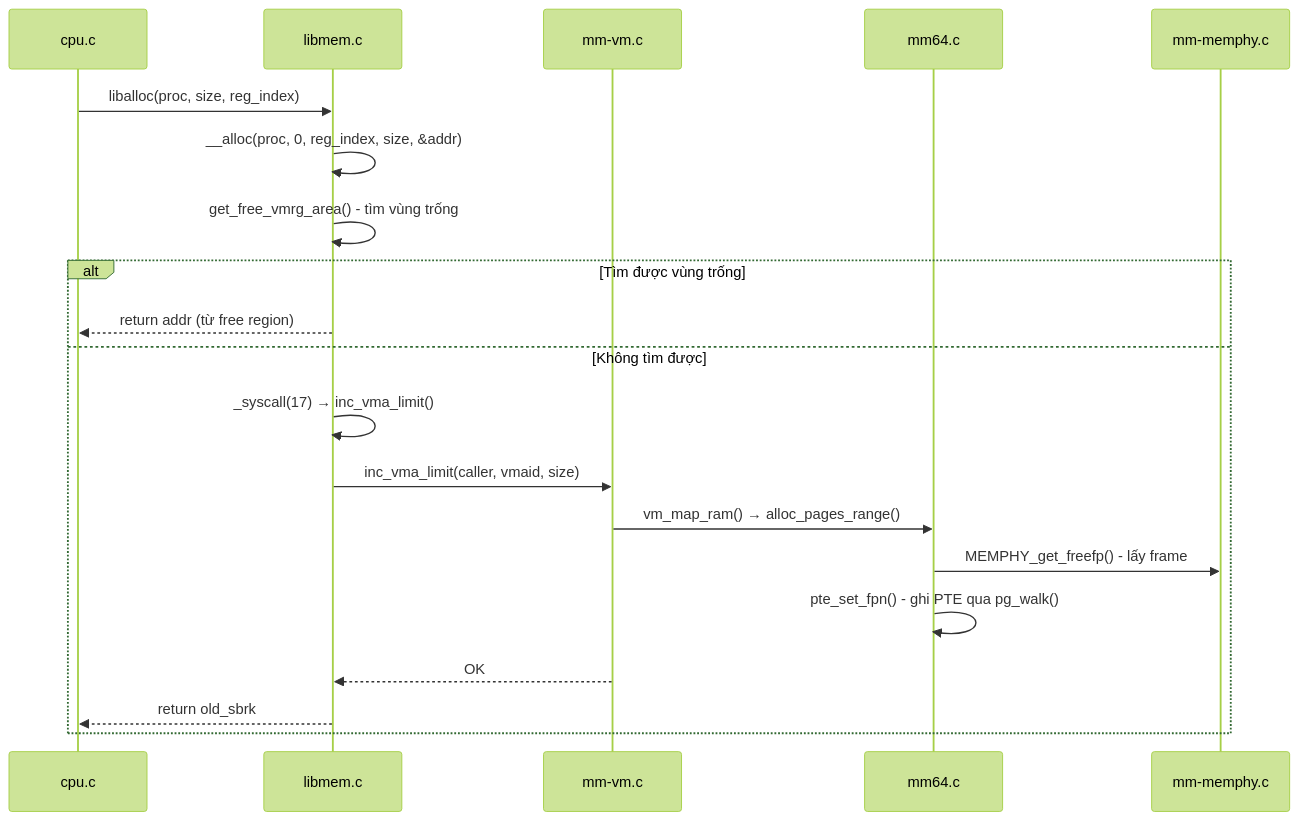
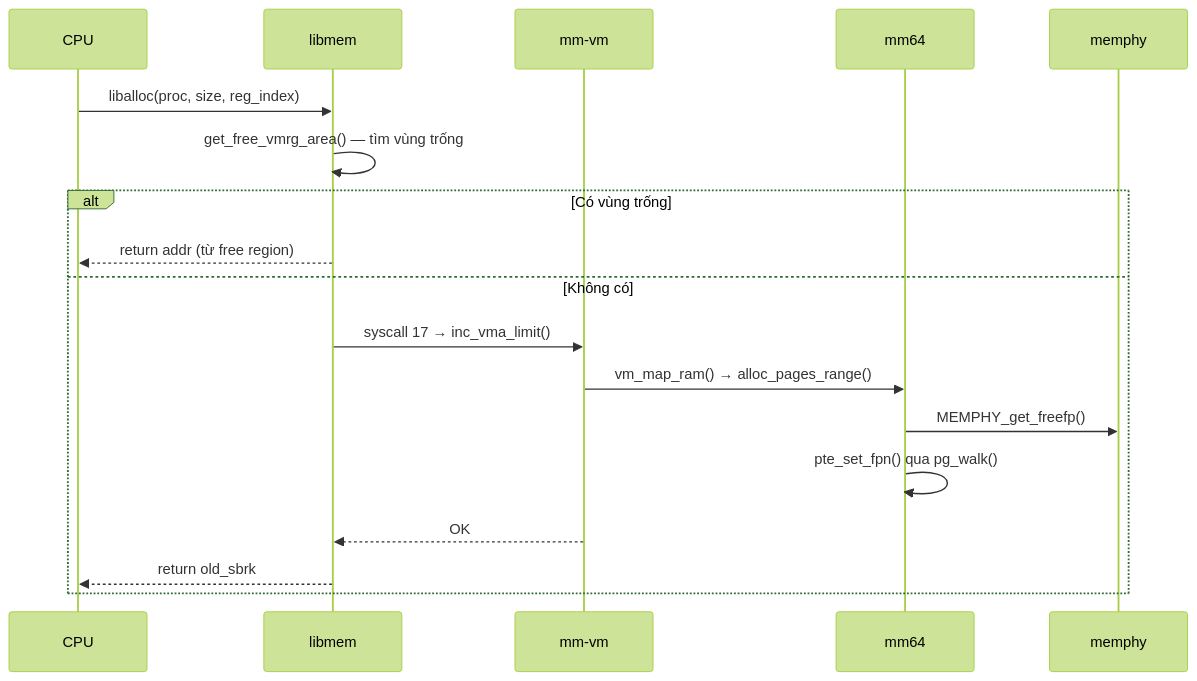
One commit to nguyenphuc24/os_0 changed the third of 3 diagrams in project_documentation.md. Above: the diagram before and after it, drawn with Mermaid (forest theme). The commit also changed other lines of this file, not shown here.

````diff
--- a/project_documentation.md
+++ b/project_documentation.md
@@ -234,23 +325,21 @@
 ```mermaid
 sequenceDiagram
-    participant CPU as cpu.c
-    participant LIB as libmem.c
-    participant VM as mm-vm.c
-    participant PT as mm64.c
-    participant PHY as mm-memphy.c
+    participant CPU
+    participant libmem
+    participant mm-vm
+    participant mm64
+    participant memphy
 
-    CPU->>LIB: liballoc(proc, size, reg_index)
-    LIB->>LIB: __alloc(proc, 0, reg_index, size, &addr)
-    LIB->>LIB: get_free_vmrg_area() - tìm vùng trống
-    alt Tìm được vùng trống
-        LIB-->>CPU: return addr (từ free region)
-    else Không tìm được
-        LIB->>LIB: _syscall(17) → inc_vma_limit()
-        LIB->>VM: inc_vma_limit(caller, vmaid, size)
-        VM->>PT: vm_map_ram() → alloc_pages_range()
-        PT->>PHY: MEMPHY_get_freefp() - lấy frame
-        PT->>PT: pte_set_fpn() - ghi PTE qua pg_walk()
-        VM-->>LIB: OK
-        LIB-->>CPU: return old_sbrk
+    CPU->>libmem: liballoc(proc, size, reg_index)
+    libmem->>libmem: get_free_vmrg_area() — tìm vùng trống
+    alt Có vùng trống
+        libmem-->>CPU: return addr (từ free region)
+    else Không có
+        libmem->>mm-vm: syscall 17 → inc_vma_limit()
+        mm-vm->>mm64: vm_map_ram() → alloc_pages_range()
+        mm64->>memphy: MEMPHY_get_freefp()
+        mm64->>mm64: pte_set_fpn() qua pg_walk()
+        mm-vm-->>libmem: OK
+        libmem-->>CPU: return old_sbrk
     end
 ```
````
